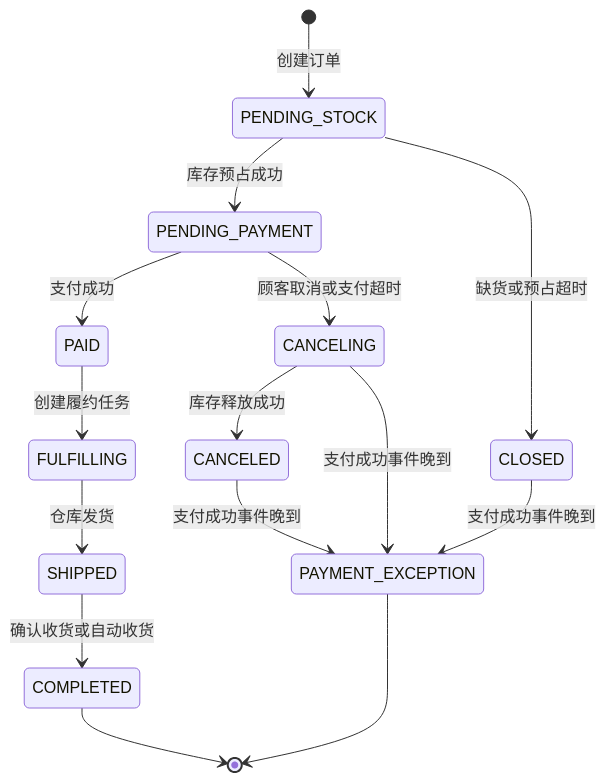
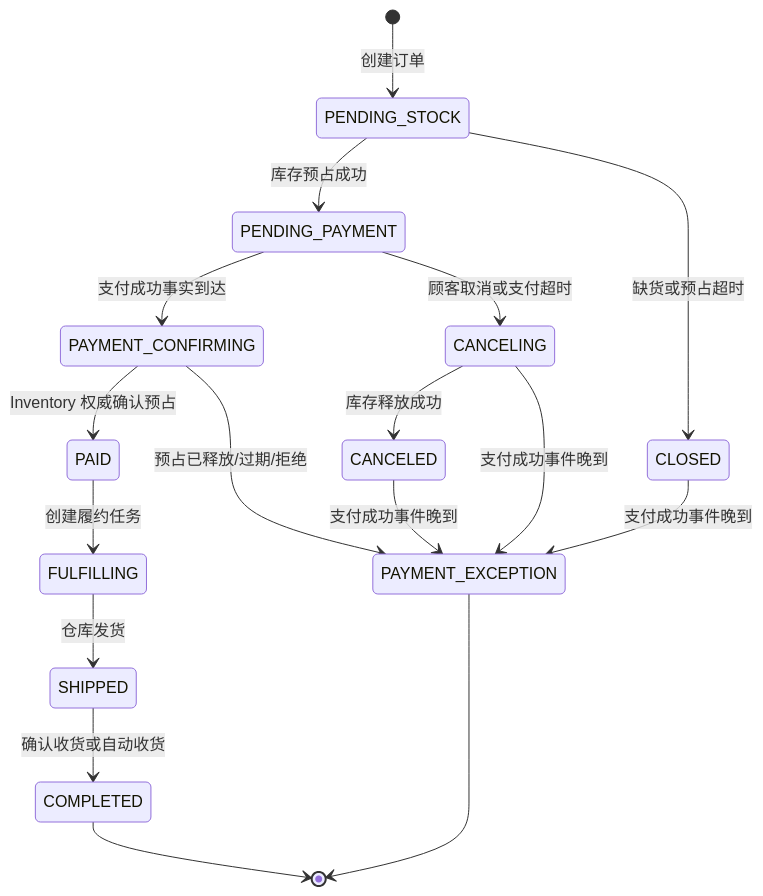
Before and after one commit to NoctilumeDev/PlainJournal: the first of 5 diagrams in docs/03-core-state-machines.md, drawn with Mermaid. The commit also changed other lines of this file and 1180 other files, not shown here.

````diff
--- a/docs/03-core-state-machines.md
+++ b/docs/03-core-state-machines.md
@@ -7,17 +7,19 @@
 ```mermaid
 stateDiagram-v2
     [*] --> PENDING_STOCK: 创建订单
     PENDING_STOCK --> PENDING_PAYMENT: 库存预占成功
     PENDING_STOCK --> CLOSED: 缺货或预占超时
-    PENDING_PAYMENT --> PAID: 支付成功
+    PENDING_PAYMENT --> PAYMENT_CONFIRMING: 支付成功事实到达
+    PAYMENT_CONFIRMING --> PAID: Inventory 权威确认预占
+    PAYMENT_CONFIRMING --> PAYMENT_EXCEPTION: 预占已释放/过期/拒绝
     PENDING_PAYMENT --> CANCELING: 顾客取消或支付超时
     CANCELING --> CANCELED: 库存释放成功
     CANCELING --> PAYMENT_EXCEPTION: 支付成功事件晚到
     CANCELED --> PAYMENT_EXCEPTION: 支付成功事件晚到
     CLOSED --> PAYMENT_EXCEPTION: 支付成功事件晚到
     PAID --> FULFILLING: 创建履约任务
     FULFILLING --> SHIPPED: 仓库发货
     SHIPPED --> COMPLETED: 确认收货或自动收货
     PAYMENT_EXCEPTION --> [*]
     COMPLETED --> [*]
 ```
````
